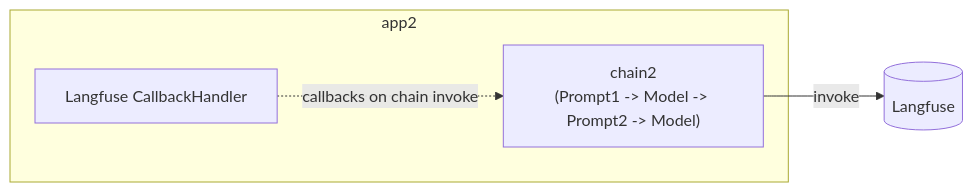
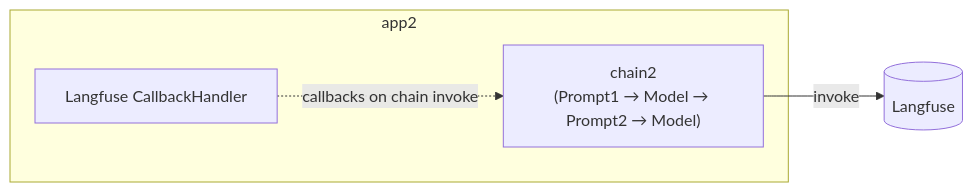
The third of 5 diagrams in articles/22c1e6006c1aa4.md (optimisuke/zenn-content), drawn with Mermaid before and after one commit. The commit also changed other lines of this file, not shown here.

Commit message:
文字化け

````diff
--- a/articles/22c1e6006c1aa4.md
+++ b/articles/22c1e6006c1aa4.md
@@ -70,8 +70,8 @@
 ```mermaid
 flowchart LR
   subgraph app2
     H2["Langfuse CallbackHandler"]
-    C2["chain2<br/>(Prompt1 -> Model -> Prompt2 -> Model)"]
+    C2["chain2<br/>(Prompt1 → Model → Prompt2 → Model)"]
   end
   H2 -.callbacks on chain invoke.-> C2 -->|invoke| LF[(Langfuse)]
 ```
````
